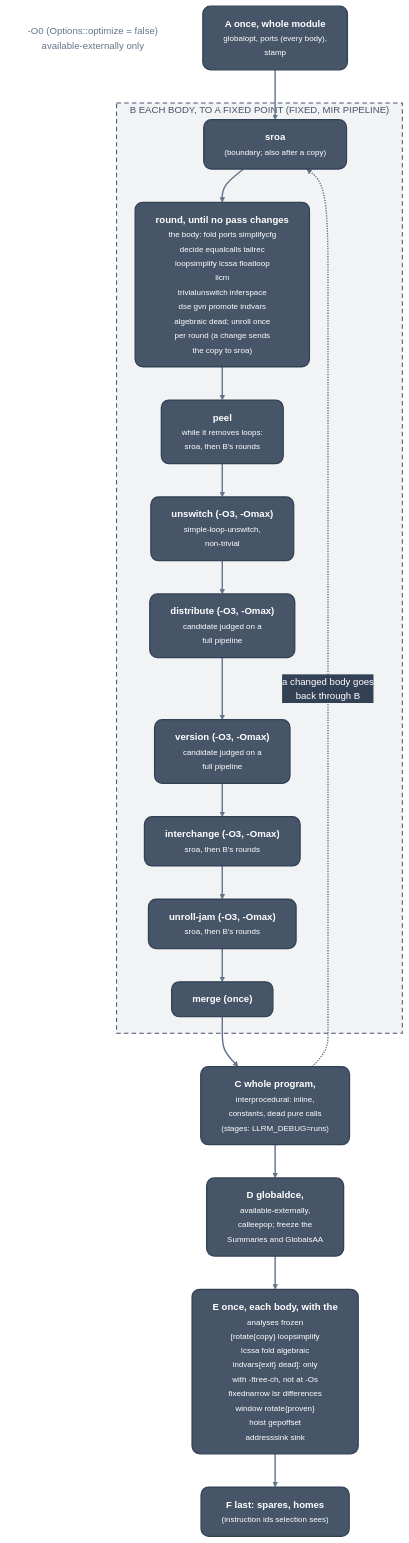
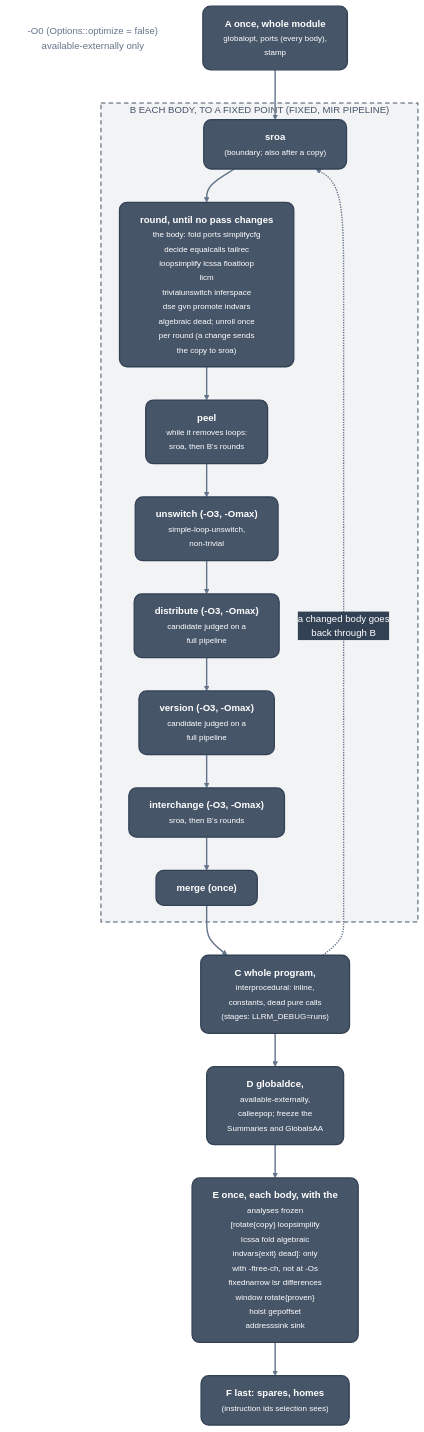
One commit to ali-mosavian/llrm changed the diagram in docs/optimizations/passes/pipeline.md. Above: the diagram before and after it, drawn with Mermaid. The commit also changed other lines of this file and 31 other files, not shown here.

First line of the commit message:
refactor(pipeline): delete unroll_jam

````diff
--- a/docs/optimizations/passes/pipeline.md
+++ b/docs/optimizations/passes/pipeline.md
@@ -22,39 +22,37 @@
 ```mermaid
 %%{init: {'theme':'base','themeVariables':{'fontFamily':'Segoe UI, Helvetica Neue, Arial, DejaVu Sans, sans-serif','fontSize':'15px','primaryColor':'#475569','primaryTextColor':'#ffffff','primaryBorderColor':'#334155','lineColor':'#64748b','secondaryColor':'#475569','tertiaryColor':'transparent','clusterBkg':'transparent','clusterBorder':'#64748b','edgeLabelBackground':'#334155','textColor':'#64748b','titleColor':'#64748b'},'flowchart':{'curve':'basis','nodeSpacing':38,'rankSpacing':52,'padding':16,'wrappingWidth':360,'htmlLabels':true,'useMaxWidth':true}}}%%
 flowchart TB
   classDef mid fill:#475569,stroke:#334155,stroke-width:2px,color:#ffffff,rx:12px,ry:12px
   classDef note fill:transparent,stroke:transparent,color:#64748b
   linkStyle default stroke:#64748b,stroke-width:2.2px
   o0["-O0 (Options::optimize = false)<br/>available-externally only"]:::note
   a["<b>A  once, whole module</b><br/><small>globalopt, ports (every body),<br/>stamp</small>"]:::mid
   subgraph g_b["B  EACH BODY, TO A FIXED POINT (FIXED, MIR PIPELINE)"]
     sroa["<b>sroa</b><br/><small>(boundary#59; also after a copy)</small>"]:::mid
     rnd["<b>round, until no pass changes</b><br/><small>the body: fold ports simplifycfg<br/>decide equalcalls tailrec<br/>loopsimplify lcssa floatloop<br/>licm<br/>trivialunswitch inferspace<br/>dse gvn promote indvars<br/>algebraic dead#59; unroll once<br/>per round (a change sends<br/>the copy to sroa)</small>"]:::mid
     peel["<b>peel</b><br/><small>while it removes loops:<br/>sroa, then B's rounds</small>"]:::mid
     unsw["<b>unswitch (-O3, -Omax)</b><br/><small>simple-loop-unswitch,<br/>non-trivial</small>"]:::mid
     dist["<b>distribute (-O3, -Omax)</b><br/><small>candidate judged on a<br/>full pipeline</small>"]:::mid
     ver["<b>version (-O3, -Omax)</b><br/><small>candidate judged on a<br/>full pipeline</small>"]:::mid
     swap["<b>interchange (-O3, -Omax)</b><br/><small>sroa, then B's rounds</small>"]:::mid
-    jam["<b>unroll-jam (-O3, -Omax)</b><br/><small>sroa, then B's rounds</small>"]:::mid
     mrg["<b>merge (once)</b>"]:::mid
   end
   c["<b>C  whole program,</b><br/><small>interprocedural: inline,<br/>constants, dead pure calls<br/>(stages: LLRM_DEBUG=runs)</small>"]:::mid
   d["<b>D  globaldce,</b><br/><small>available-externally,<br/>calleepop#59; freeze the<br/>Summaries and GlobalsAA</small>"]:::mid
   e["<b>E  once, each body, with the</b><br/><small>analyses frozen<br/>[rotate#123;copy#125; loopsimplify<br/>lcssa fold algebraic<br/>indvars#123;exit#125; dead]: only<br/>with -ftree-ch, not at -Os<br/>fixednarrow lsr differences<br/>window rotate#123;proven#125;<br/>hoist gepoffset<br/>addresssink sink</small>"]:::mid
   f["<b>F  last: spares, homes</b><br/><small>(instruction ids selection sees)</small>"]:::mid
   a --> sroa
   sroa --> rnd
   rnd --> peel
   peel --> unsw
   unsw --> dist
   dist --> ver
   ver --> swap
-  swap --> jam
-  jam --> mrg
+  swap --> mrg
   mrg --> c
   c -.->|"a changed body goes<br/>back through B"| sroa
   c --> d
   d --> e
   e --> f
   style g_b fill:#47556912,stroke:#475569,stroke-width:1.6px,stroke-dasharray:7 5,color:#475569
 ```
````
